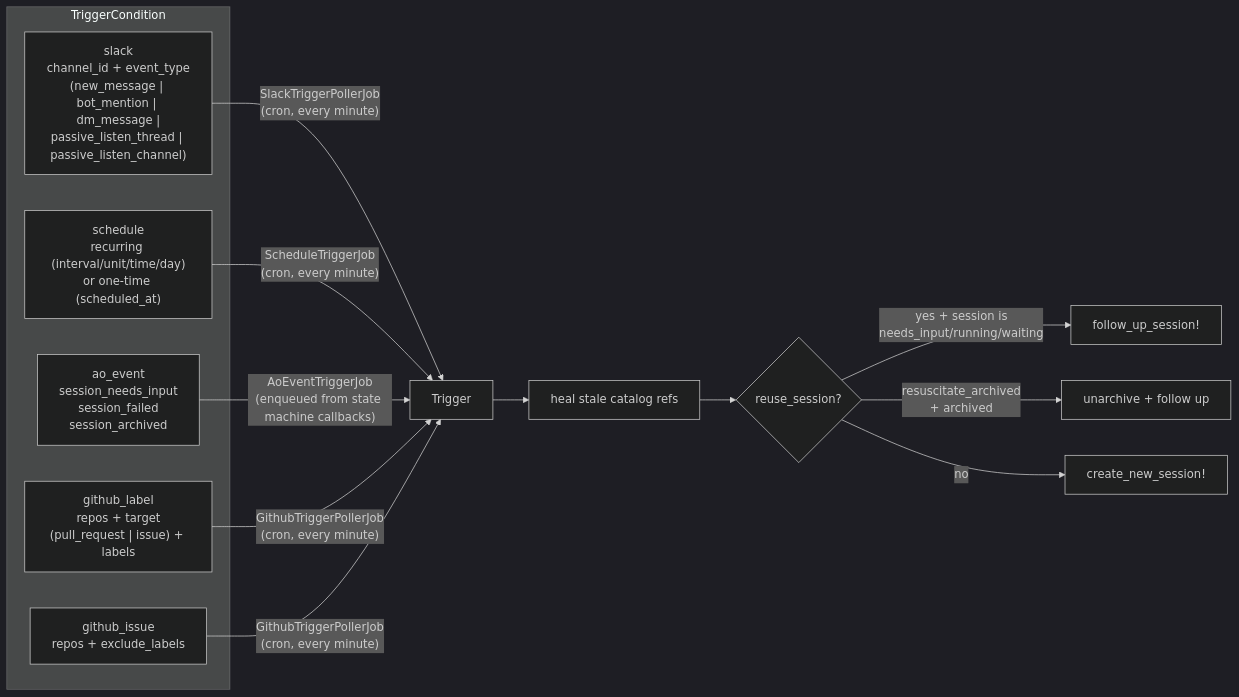
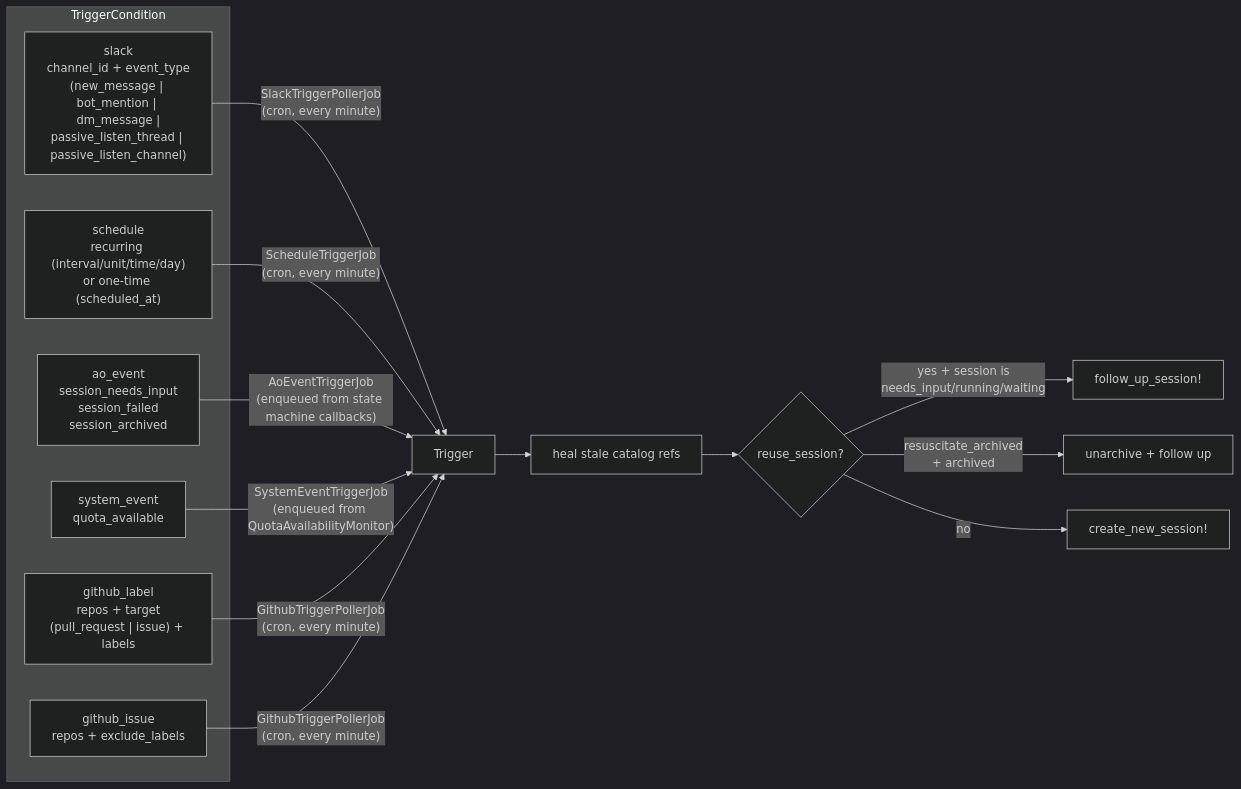
Before and after one commit to tadasant/zimmer: the first of 2 diagrams in docs/src/content/docs/sessions/triggers.md, drawn with Mermaid (dark theme). The commit also changed other lines of this file and 56 other files, not shown here.

First line of the commit message:
feat(spot): rank the spot queue, and wake it on a quota event instead of a timer

````diff
--- a/docs/src/content/docs/sessions/triggers.md
+++ b/docs/src/content/docs/sessions/triggers.md
@@ -15,22 +15,24 @@
 ```mermaid
 flowchart LR
     subgraph conditions["TriggerCondition"]
         SL["slack<br/>channel_id + event_type<br/>(new_message | bot_mention | dm_message |<br/>passive_listen_thread | passive_listen_channel)"]
         SC["schedule<br/>recurring (interval/unit/time/day)<br/>or one-time (scheduled_at)"]
         AO["ao_event<br/>session_needs_input<br/>session_failed<br/>session_archived"]
+        SE["system_event<br/>quota_available"]
         GL["github_label<br/>repos + target<br/>(pull_request | issue) + labels"]
         GI["github_issue<br/>repos + exclude_labels"]
     end
 
     SL -->|"SlackTriggerPollerJob<br/>(cron, every minute)"| T["Trigger"]
     SC -->|"ScheduleTriggerJob<br/>(cron, every minute)"| T
     AO -->|"AoEventTriggerJob<br/>(enqueued from state machine callbacks)"| T
+    SE -->|"SystemEventTriggerJob<br/>(enqueued from QuotaAvailabilityMonitor)"| T
     GL -->|"GithubTriggerPollerJob<br/>(cron, every minute)"| T
     GI -->|"GithubTriggerPollerJob<br/>(cron, every minute)"| T
 
     T --> H["heal stale catalog refs"]
     H --> D{"reuse_session?"}
     D -->|"yes + session is<br/>needs_input/running/waiting"| FU["follow_up_session!"]
     D -->|"resuscitate_archived<br/>+ archived"| RS["unarchive + follow up"]
     D -->|no| NEW["create_new_session!"]
 ```
````
